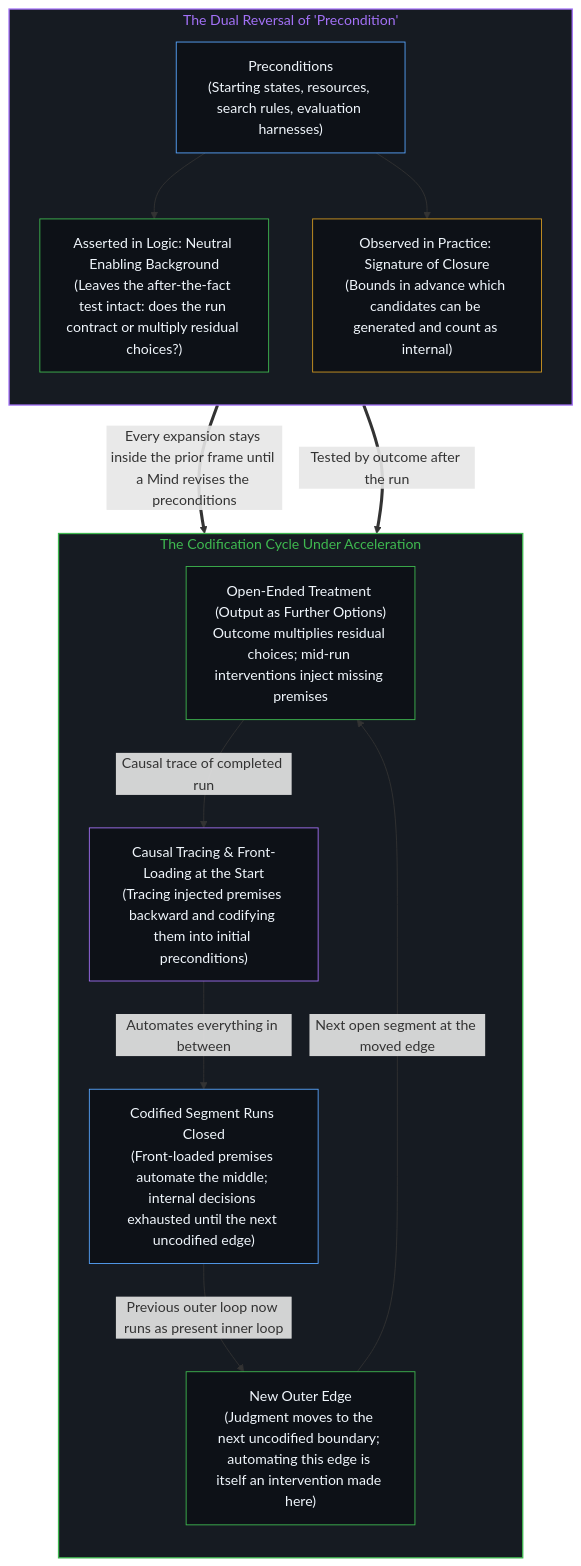
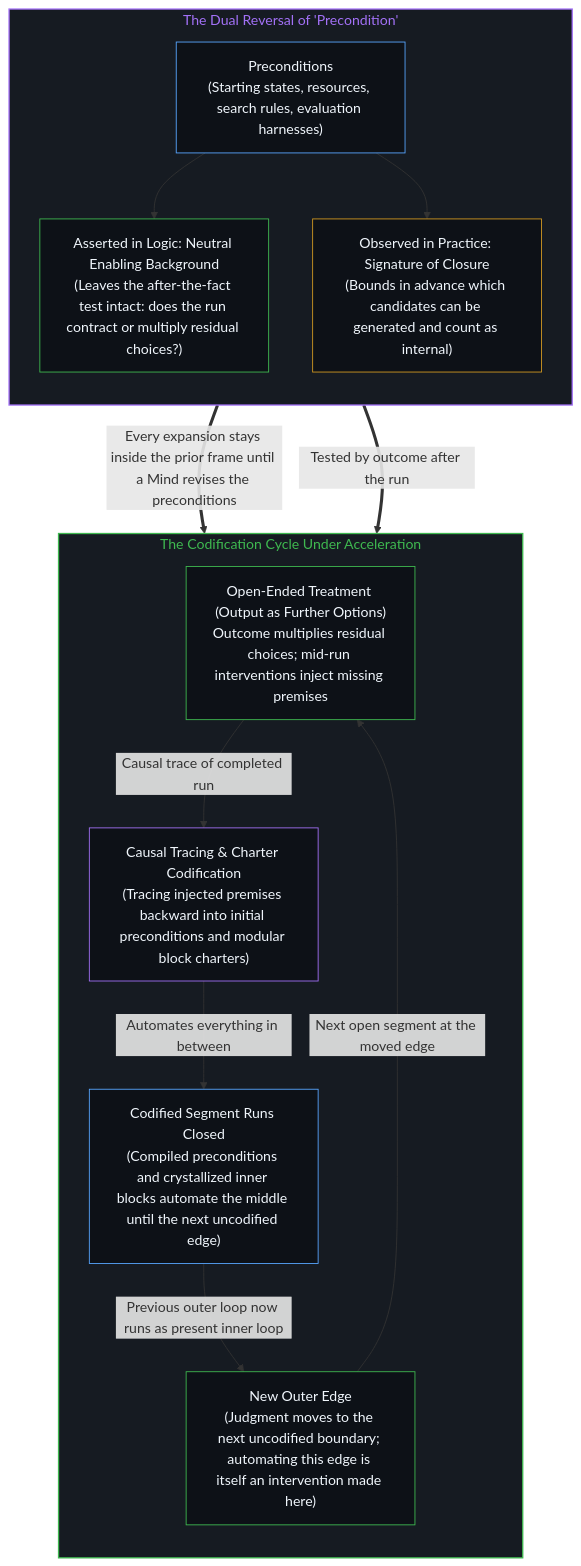
The fourth of 4 diagrams in content/posts/the-density-of-judgment.md (powerpig99/not-a-toe), drawn with Mermaid before and after one commit. The commit also changed other lines of this file and 9 other files, not shown here.

````diff
--- a/content/posts/the-density-of-judgment.md
+++ b/content/posts/the-density-of-judgment.md
@@ -137,33 +137,33 @@
 ```mermaid
 flowchart TD
     subgraph S_Dual["The Dual Reversal of 'Precondition'"]
         direction TB
         P_Term["Preconditions<br/>(Starting states, resources, search rules, evaluation harnesses)"]
         P_Assert["Asserted in Logic: Neutral Enabling Background<br/>(Leaves the after-the-fact test intact: does the run contract or multiply residual choices?)"]
         P_Observe["Observed in Practice: Signature of Closure<br/>(Bounds in advance which candidates can be generated and count as internal)"]
         P_Term --> P_Assert
         P_Term --> P_Observe
     end
     subgraph S_Pattern["The Codification Cycle Under Acceleration"]
         direction TB
         T_Open["Open-Ended Treatment (Output as Further Options)<br/>Outcome multiplies residual choices; mid-run interventions inject missing premises"]
-        T_Codify["Causal Tracing & Front-Loading at the Start<br/>(Tracing injected premises backward and codifying them into initial preconditions)"]
-        T_Closed["Codified Segment Runs Closed<br/>(Front-loaded premises automate the middle; internal decisions exhausted until the next uncodified edge)"]
+        T_Codify["Causal Tracing & Charter Codification<br/>(Tracing injected premises backward into initial preconditions and modular block charters)"]
+        T_Closed["Codified Segment Runs Closed<br/>(Compiled preconditions and crystallized inner blocks automate the middle until the next uncodified edge)"]
         T_Edge["New Outer Edge<br/>(Judgment moves to the next uncodified boundary; automating this edge is itself an intervention made here)"]
         T_Open -->|"Causal trace of completed run"| T_Codify
         T_Codify -->|"Automates everything in between"| T_Closed
         T_Closed -->|"Previous outer loop now runs as present inner loop"| T_Edge
         T_Edge -->|"Next open segment at the moved edge"| T_Open
     end
     P_Assert ==>|"Tested by outcome after the run"| S_Pattern
     P_Observe ==>|"Every expansion stays inside the prior frame until a Mind revises the preconditions"| T_Open
     style S_Dual fill:#161b22,stroke:#a371f7,stroke-width:1.5px,color:#a371f7
     style S_Pattern fill:#161b22,stroke:#3fb950,stroke-width:1.5px,color:#3fb950
     style P_Term fill:#0d1117,stroke:#58a6ff,stroke-width:1px,color:#f0f6fc
     style P_Assert fill:#0d1117,stroke:#3fb950,stroke-width:1px,color:#f0f6fc
     style P_Observe fill:#0d1117,stroke:#d29922,stroke-width:1px,color:#f0f6fc
     style T_Open fill:#0d1117,stroke:#3fb950,stroke-width:1px,color:#f0f6fc
     style T_Codify fill:#0d1117,stroke:#a371f7,stroke-width:1px,color:#f0f6fc
     style T_Closed fill:#0d1117,stroke:#58a6ff,stroke-width:1px,color:#f0f6fc
     style T_Edge fill:#0d1117,stroke:#3fb950,stroke-width:1px,color:#f0f6fc
 ```
````
